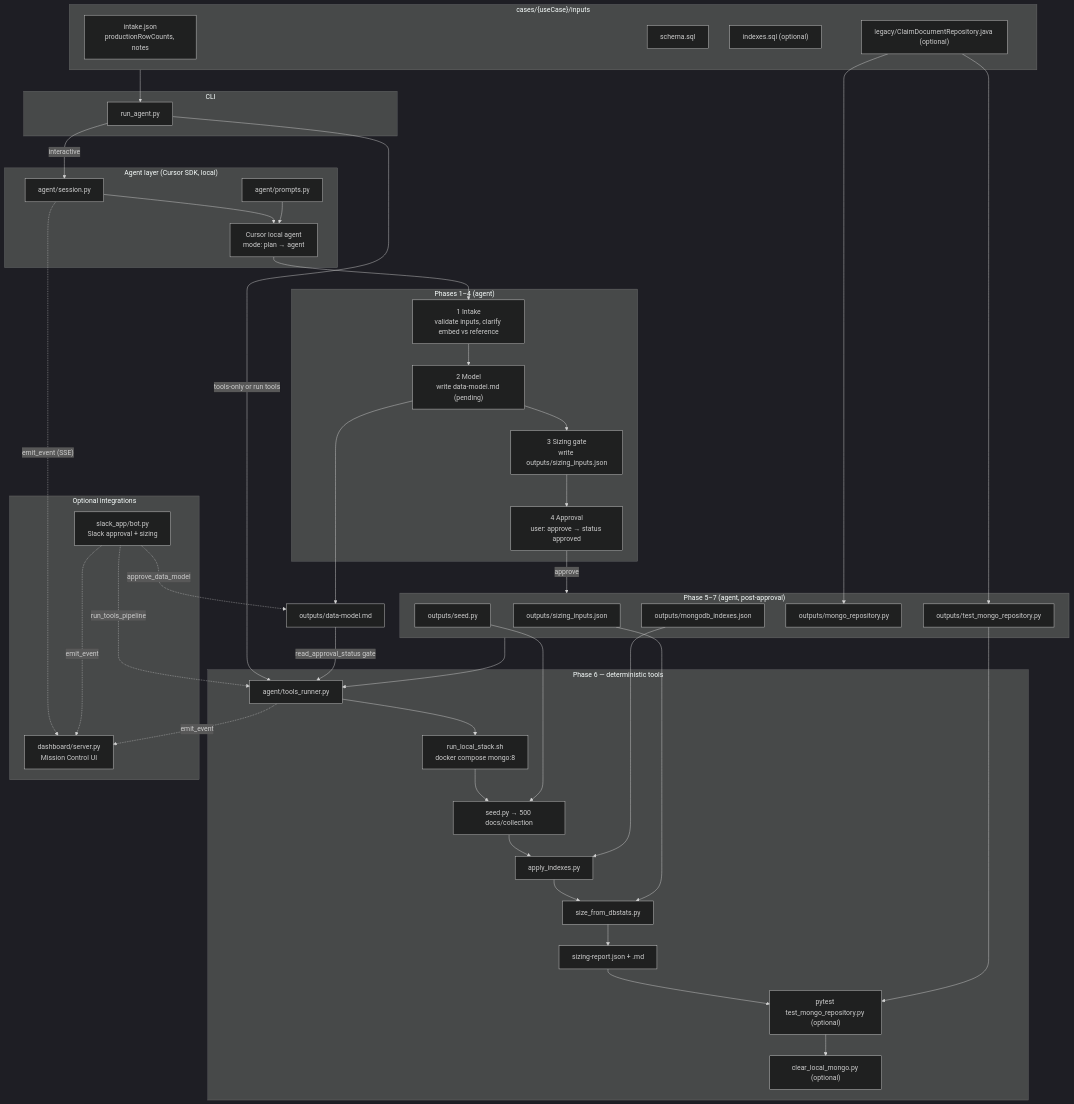
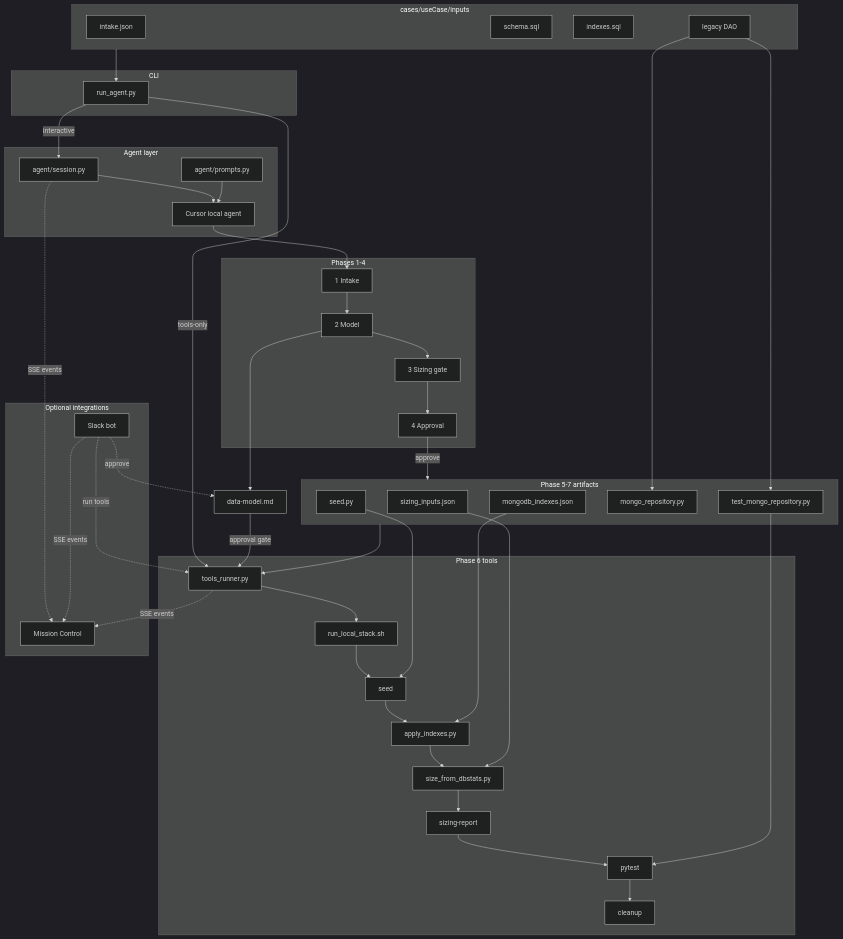
The first of 2 diagrams in README.md (parthobardhan/mongodb-sizing-agent), drawn with Mermaid (dark theme) before and after one commit. The commit also changed other lines of this file and 14 other files, not shown here.

First line of the commit message:
Resume Cursor agent after Slack approval when generate artifacts are missing.

````diff
--- a/README.md
+++ b/README.md
@@ -14,76 +14,75 @@
 ```mermaid
 flowchart TB
-  subgraph inputs ["cases/{useCase}/inputs"]
-    intake["intake.json<br/>productionRowCounts, notes"]
-    schema["schema.sql"]
-    indexes_sql["indexes.sql (optional)"]
-    legacy["legacy/ClaimDocumentRepository.java (optional)"]
+  subgraph inputs [cases/useCase/inputs]
+    intake[intake.json]
+    schema[schema.sql]
+    indexes_sql[indexes.sql]
+    legacy[legacy DAO]
   end
 
-  subgraph cli ["CLI"]
-    run["run_agent.py"]
+  subgraph cli [CLI]
+    run[run_agent.py]
   end
 
-  subgraph agent_layer ["Agent layer (Cursor SDK, local)"]
-    session["agent/session.py"]
-    prompts["agent/prompts.py"]
-    cursor["Cursor local agent<br/>mode: plan → agent"]
+  subgraph agent_layer [Agent layer]
+    session[agent/session.py]
+    prompts[agent/prompts.py]
+    cursor[Cursor local agent]
   end
 
-  subgraph phases ["Phases 1–4 (agent)"]
-    p1["1 Intake<br/>validate inputs, clarify embed vs reference"]
-    p2["2 Model<br/>write data-model.md (pending)"]
-    p3["3 Sizing gate<br/>write outputs/sizing_inputs.json"]
-    p4["4 Approval<br/>user: approve → status approved"]
+  subgraph phases [Phases 1-4]
+    p1[1 Intake]
+    p2[2 Model]
+    p3[3 Sizing gate]
+    p4[4 Approval]
   end
 
-  subgraph gen ["Phase 5–7 (agent, post-approval)"]
-    sizing_in["outputs/sizing_inputs.json"]
-    seed_py["outputs/seed.py"]
-    idx_json["outputs/mongodb_indexes.json"]
-    repo_py["outputs/mongo_repository.py"]
-    repo_test["outputs/test_mongo_repository.py"]
+  subgraph gen [Phase 5-7 artifacts]
+    sizing_in[sizing_inputs.json]
+    seed_py[seed.py]
+    idx_json[mongodb_indexes.json]
+    repo_py[mongo_repository.py]
+    repo_test[test_mongo_repository.py]
   end
 
-  subgraph tools ["Phase 6 — deterministic tools"]
-    runner["agent/tools_runner.py"]
-    docker["run_local_stack.sh<br/>docker compose mongo:8"]
-    seed_run["seed.py → 500 docs/collection"]
-    apply["apply_indexes.py"]
-    size["size_from_dbstats.py"]
-    report["sizing-report.json + .md"]
-    verify["pytest test_mongo_repository.py (optional)"]
-    cleanup["clear_local_mongo.py (optional)"]
+  subgraph tools [Phase 6 tools]
+    runner[tools_runner.py]
+    docker[run_local_stack.sh]
+    seed_run[seed]
+    apply[apply_indexes.py]
+    size[size_from_dbstats.py]
+    report[sizing-report]
+    verify[pytest]
+    cleanup[cleanup]
   end
 
   inputs --> run
-  run -->|"interactive"| session
+  run -->|interactive| session
   session --> cursor
   prompts --> cursor
   cursor --> p1 --> p2 --> p3 --> p4
-  p4 -->|"approve"| gen
-  run -->|"tools-only or run tools"| runner
+  p4 -->|approve| gen
+  run -->|tools-only| runner
   gen --> runner
   runner --> docker --> seed_run --> apply --> size --> report
-  report --> verify
-  verify --> cleanup
+  report --> verify --> cleanup
   sizing_in --> size
   idx_json --> apply
   seed_py --> seed_run
   legacy --> repo_py
   legacy --> repo_test
   repo_test --> verify
-  p2 --> dm["outputs/data-model.md"]
-  dm -->|"read_approval_status gate"| runner
+  p2 --> dm[data-model.md]
+  dm -->|approval gate| runner
 
-  subgraph integrations ["Optional integrations"]
-    dash["dashboard/server.py<br/>Mission Control UI"]
-    slack["slack_app/bot.py<br/>Slack approval + sizing"]
+  subgraph integrations [Optional integrations]
+    dash[Mission Control]
+    slack[Slack bot]
   end
 
-  session -.->|"emit_event (SSE)"| dash
-  runner -.->|"emit_event"| dash
-  slack -.->|"approve_data_model"| dm
-  slack -.->|"emit_event"| dash
-  slack -.->|"run_tools_pipeline"| runner
+  session -.->|SSE events| dash
+  runner -.->|SSE events| dash
+  slack -.->|approve| dm
+  slack -.->|SSE events| dash
+  slack -.->|run tools| runner
 ```
````
